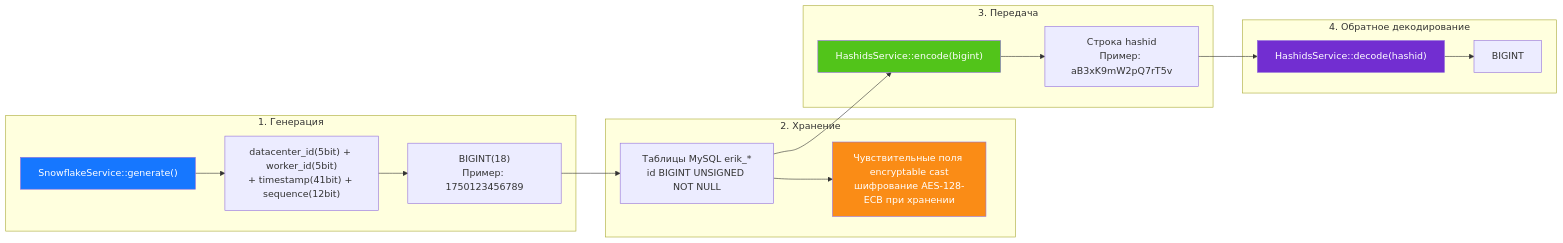
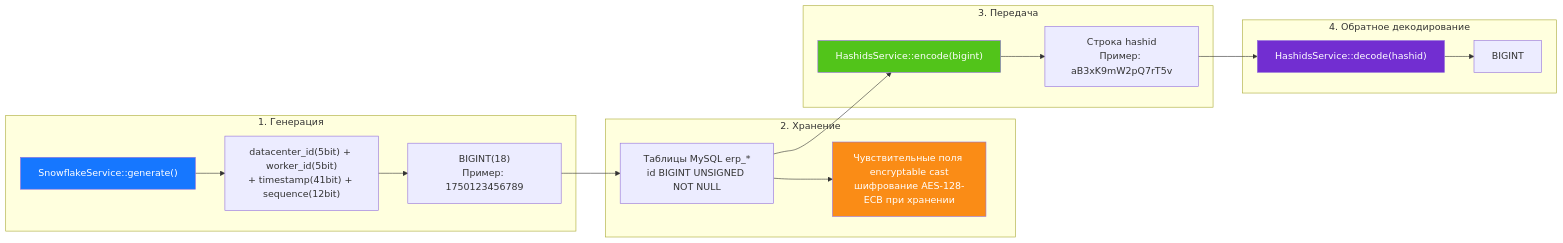
One commit to erikwang2013/erp-php changed the diagram in docs/i18n/ru/diagrams/06-id-lifecycle.md. Above: the diagram before and after it, drawn with Mermaid. The commit also changed 449 other files, not shown here.

First line of the commit message:
全局命名统一：数据库 erp、表前缀 erp_、Redis 前缀 erp:（原 erik_/open_admin）

````diff
--- a/docs/i18n/ru/diagrams/06-id-lifecycle.md
+++ b/docs/i18n/ru/diagrams/06-id-lifecycle.md
@@ -3,32 +3,32 @@
 ```mermaid
 flowchart LR
     subgraph gen["1. Генерация"]
         g1["SnowflakeService::generate()"]
         g2["datacenter_id(5bit) + worker_id(5bit)<br/>+ timestamp(41bit) + sequence(12bit)"]
         g3["BIGINT(18)<br/>Пример: 1750123456789"]
         g1 --> g2 --> g3
     end
 
     subgraph store["2. Хранение"]
-        s1["Таблицы MySQL erik_*<br/>id BIGINT UNSIGNED NOT NULL"]
+        s1["Таблицы MySQL erp_*<br/>id BIGINT UNSIGNED NOT NULL"]
         s2["Чувствительные поля encryptable cast<br/>шифрование AES-128-ECB при хранении"]
         g3 --> s1 --> s2
     end
 
     subgraph transfer["3. Передача"]
         t1["HashidsService::encode(bigint)"]
         t2["Строка hashid<br/>Пример: aB3xK9mW2pQ7rT5v"]
         s1 --> t1 --> t2
     end
 
     subgraph reverse["4. Обратное декодирование"]
         r1["HashidsService::decode(hashid)"]
         r2["BIGINT"]
         t2 --> r1 --> r2
     end
 
     style g1 fill:#1677FF,color:#fff
     style s2 fill:#FA8C16,color:#fff
     style t1 fill:#52C41A,color:#fff
     style r1 fill:#722ED1,color:#fff
 ```
````
